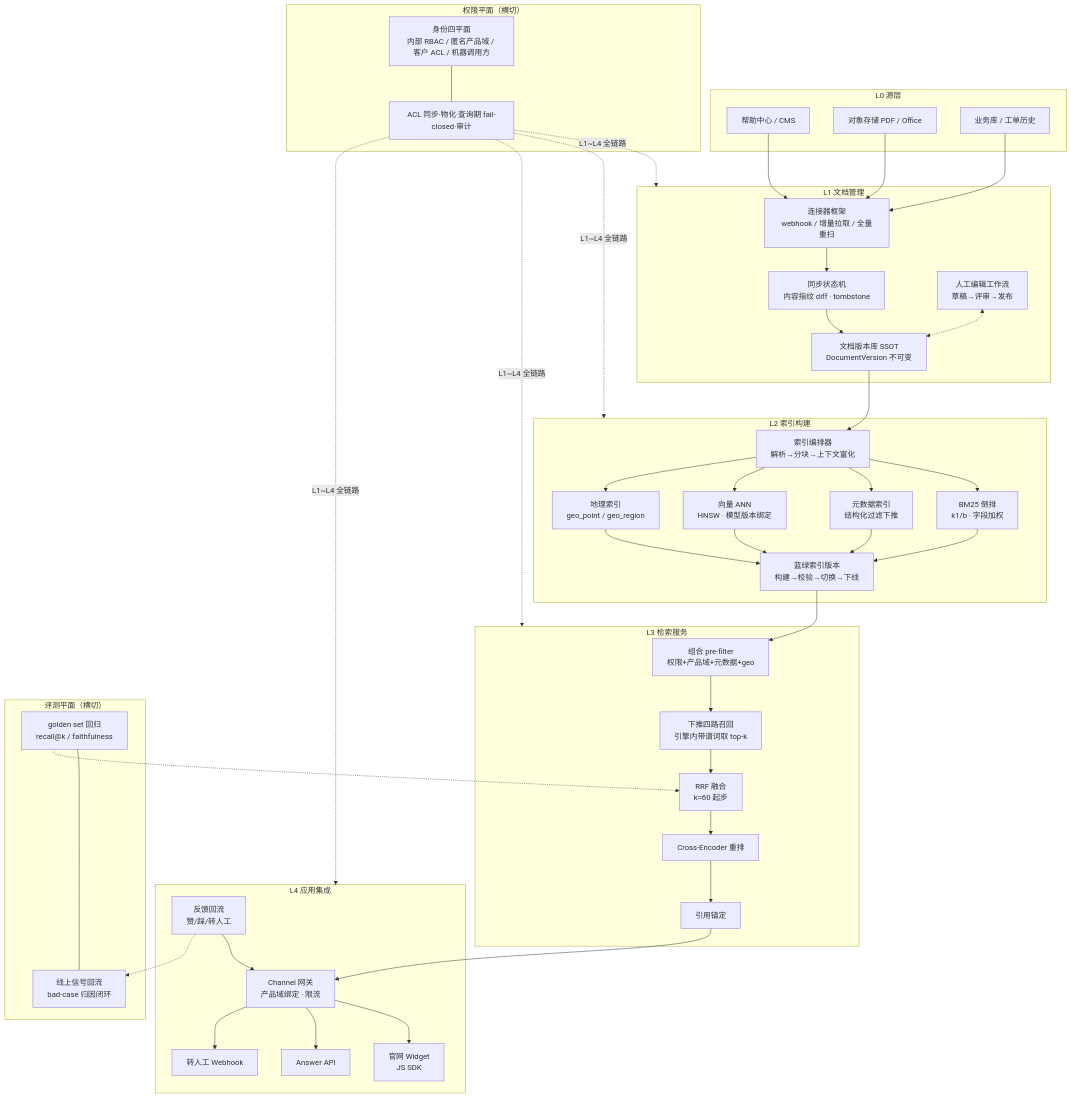
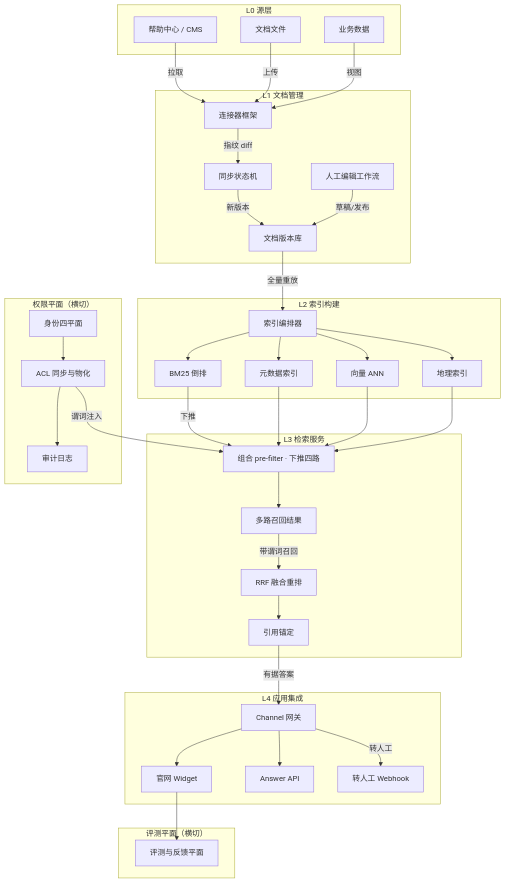
The diagram in docs/assets/mermaid/design/knowledge-base-platform--architecture.mmd (ThreeFish-AI/negentropy), drawn with Mermaid before and after one commit. The commit also changed 7 other files, not shown here.

First line of the commit message:
docs(knowledge-platform): 评审对账修复——gap-analysis 钉定 I-245 前基线（as-of commit+主结论/§6/§9 注记）与 12 权限计数、D2-C1 选型回写 ADR-0002（pg_textsearch 主选）、方案 §5-F11 勘误为调研编号、P2-7 删无关 F10 依据、knowledge-map 四行归位系统概念与设计节、architecture/permission-chain 图源回写与入库 candidate 逐项同构（卡片/泳道注释留档）、mermaid README 与消费图注口径对齐（四泳道四阶段）;

```diff
--- a/docs/assets/mermaid/design/knowledge-base-platform--architecture.mmd
+++ b/docs/assets/mermaid/design/knowledge-base-platform--architecture.mmd
@@ -1,71 +1,81 @@
 %%source: docs/concepts/design/knowledge-base-platform.md §1 总体架构（五层参考架构 + 权限/评测横切平面）
 %%slug: design/knowledge-base-platform--architecture
 %%type: architecture
 %%derived: 新创作，无原文 mermaid 块；知识库平台参考架构（独立通用方案）
 %%fix: 评审 R1 blocker——L3 次序改为「组合 pre-filter 下推四路召回」在前，与 §3.3/§5.2 安全不变量一致
+%%fix: 源/图对账回写——图体与已入库 candidate（docs/diagrams/knowledge-base-platform--architecture/）节点/边/标签逐项同构：蓝绿索引版本入「检索与索引」卡片、L3 收敛为 组合pre-filter·下推四路→多路召回结果→RRF融合重排→引用锚定、横切边收敛为 ACL 同步→recall 谓词注入；卡片文案见下方 %%card 注释（建模与回执锚以 candidate JSON 为准）
+%%card: 安全不变量（rose）——权限谓词先合取再下推四路召回（非先召回后过滤），fail-closed / Chunk 物化继承版本 ACL，不放大不缩小；读写双审计 / 检索访问与编辑操作双审计，仅追加不可篡改
+%%card: 检索与索引（cyan）——四路索引（BM25/元数据/向量/地理）混合召回，RRF 融合 / 索引蓝绿版本：构建→校验→切换→下线，全程可回滚
+%%card: 闭环与重建（emerald）——canonical 版本库为 SSOT，任何索引可全量重放重建 / 线上反馈归因回流：评测集扩充、排序调参、知识补录 / 评测回归门控索引重建与检索策略变更
 flowchart TD
   subgraph L0["L0 源层"]
     S1["帮助中心 / CMS"]
-    S2["对象存储 PDF / Office"]
-    S3["业务库 / 工单历史"]
+    S2["文档文件"]
+    S3["业务数据"]
   end
 
   subgraph L1["L1 文档管理"]
-    C1["连接器框架<br/>webhook / 增量拉取 / 全量重扫"]
-    C2["同步状态机<br/>内容指纹 diff · tombstone"]
-    C3["文档版本库 SSOT<br/>DocumentVersion 不可变"]
-    C4["人工编辑工作流<br/>草稿→评审→发布"]
-    C1 --> C2 --> C3
-    C4 <-.-> C3
+    C1["连接器框架"]
+    C2["同步状态机"]
+    C3["人工编辑工作流"]
+    C4["文档版本库"]
   end
 
   subgraph L2["L2 索引构建"]
-    I0["索引编排器<br/>解析→分块→上下文富化"]
-    I1["BM25 倒排<br/>k1/b · 字段加权"]
-    I2["元数据索引<br/>结构化过滤下推"]
-    I3["向量 ANN<br/>HNSW · 模型版本绑定"]
-    I4["地理索引<br/>geo_point / geo_region"]
-    I5["蓝绿索引版本<br/>构建→校验→切换→下线"]
-    I0 --> I1 & I2 & I3 & I4
-    I1 & I2 & I3 & I4 --> I5
+    I0["索引编排器"]
+    I1["BM25 倒排"]
+    I2["元数据索引"]
+    I3["向量 ANN"]
+    I4["地理索引"]
   end
 
   subgraph L3["L3 检索服务"]
-    R1["组合 pre-filter<br/>权限+产品域+元数据+geo"]
-    R2["下推四路召回<br/>引擎内带谓词取 top-k"]
-    R3["RRF 融合<br/>k=60 起步"]
-    R4["Cross-Encoder 重排"]
-    R5["引用锚定"]
-    R1 --> R2 --> R3 --> R4 --> R5
+    R1["组合 pre-filter · 下推四路"]
+    R2["多路召回结果"]
+    R3["RRF 融合重排"]
+    R4["引用锚定"]
   end
 
   subgraph L4["L4 应用集成"]
-    A1["Channel 网关<br/>产品域绑定 · 限流"]
-    A2["官网 Widget<br/>JS SDK"]
+    A1["官网 Widget"]
+    A2["Channel 网关"]
     A3["Answer API"]
     A4["转人工 Webhook"]
-    A5["反馈回流<br/>赞/踩/转人工"]
-    A1 --> A2 & A3
-    A1 --> A4
-    A5 --> A1
   end
 
   subgraph XP["权限平面（横切）"]
-    P1["身份四平面<br/>内部 RBAC / 匿名产品域 / 客户 ACL / 机器调用方"]
-    P2["ACL 同步·物化·查询期 fail-closed·审计"]
-    P1 --- P2
+    P1["身份四平面"]
+    P2["ACL 同步与物化"]
+    P3["审计日志"]
   end
 
   subgraph XE["评测平面（横切）"]
-    E1["golden set 回归<br/>recall@k / faithfulness"]
-    E2["线上信号回流<br/>bad-case 归因闭环"]
-    E1 --- E2
+    E1["评测与反馈平面"]
   end
 
-  S1 & S2 & S3 --> C1
-  C3 --> I0
-  I5 --> R1
-  R5 --> A1
-  A5 -.-> E2
-  E1 -.-> R3
-  P2 -.L1~L4 全链路.-> L1 & L2 & L3 & L4
+  S1 -->|拉取| C1
+  S2 -->|上传| C1
+  S3 -->|视图| C1
+  C1 -->|指纹 diff| C2
+  C2 -->|新版本| C4
+  C3 -->|草稿/发布| C4
+  C4 -->|全量重放| I0
+  I0 --> I1
+  I0 --> I2
+  I0 --> I3
+  I0 --> I4
+  I1 -->|下推| R1
+  I2 --> R1
+  I3 --> R1
+  I4 --> R1
+  R1 --> R2
+  R2 -->|带谓词召回| R3
+  R3 --> R4
+  R4 -->|有据答案| A2
+  A2 --> A1
+  A2 --> A3
+  A2 -->|转人工| A4
+  P1 --> P2
+  P2 --> P3
+  P2 -->|谓词注入| R1
+  A1 --> E1
```
